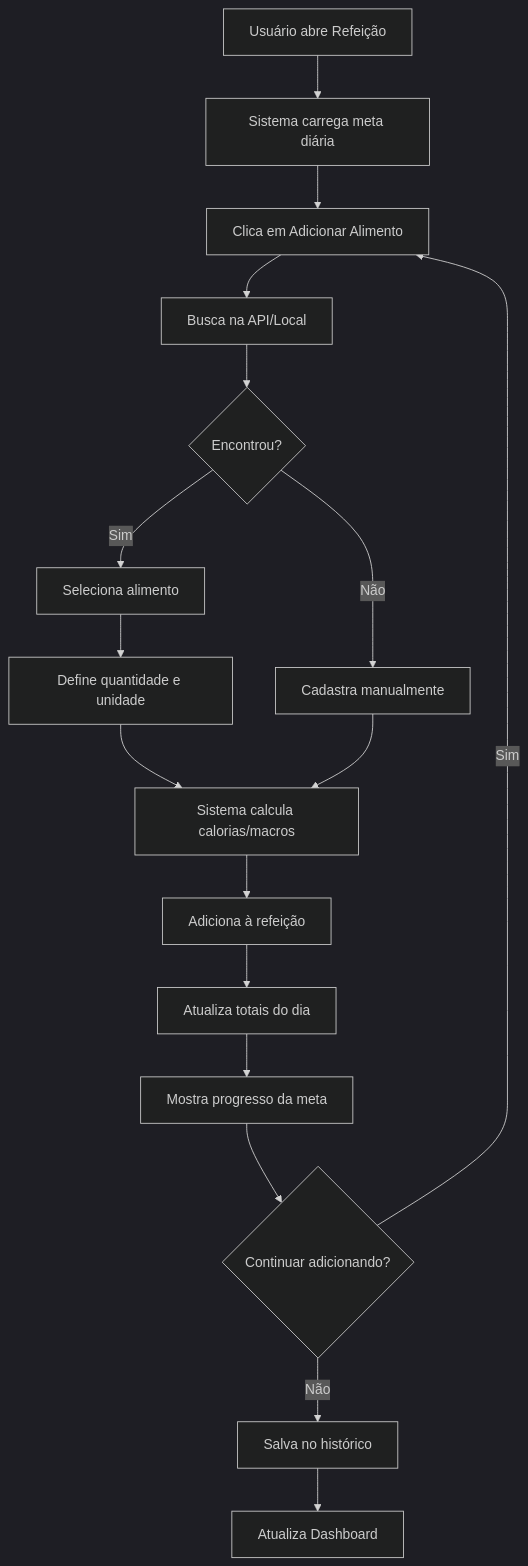
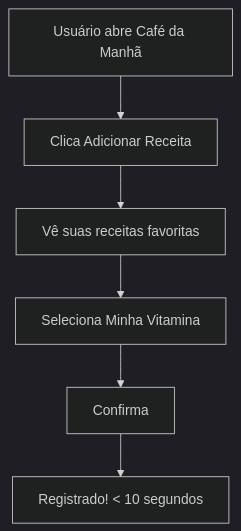
Before and after one commit to MrJCRJ/Lifestyle: the first of 5 diagrams in ESTRATEGIA_MELHORIAS_SAUDE.md, drawn with Mermaid (dark theme). The commit also changed other lines of this file, not shown here.

First line of the commit message:
feat: Adiciona estratégia completa de Modo Foco para atividades

````diff
--- a/ESTRATEGIA_MELHORIAS_SAUDE.md
+++ b/ESTRATEGIA_MELHORIAS_SAUDE.md
@@ -520,19 +394,8 @@
 ```mermaid
 graph TD
-    A[Usuário abre Refeição] --> B[Sistema carrega meta diária]
-    B --> C[Clica em Adicionar Alimento]
-    C --> D[Busca na API/Local]
-    D --> E{Encontrou?}
-    E -->|Sim| F[Seleciona alimento]
-    F --> G[Define quantidade e unidade]
-    G --> H[Sistema calcula calorias/macros]
-    E -->|Não| I[Cadastra manualmente]
-    I --> H
-    H --> J[Adiciona à refeição]
-    J --> K[Atualiza totais do dia]
-    K --> L[Mostra progresso da meta]
-    L --> M{Continuar adicionando?}
-    M -->|Sim| C
-    M -->|Não| N[Salva no histórico]
-    N --> O[Atualiza Dashboard]
+    A[Usuário abre Café da Manhã] --> B[Clica Adicionar Receita]
+    B --> C[Vê suas receitas favoritas]
+    C --> D[Seleciona Minha Vitamina]
+    D --> E[Confirma]
+    E --> F[Registrado! < 10 segundos]
 ```
````
